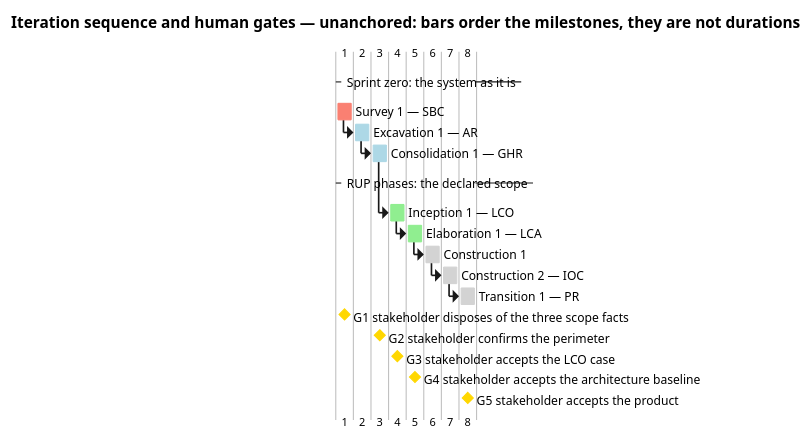
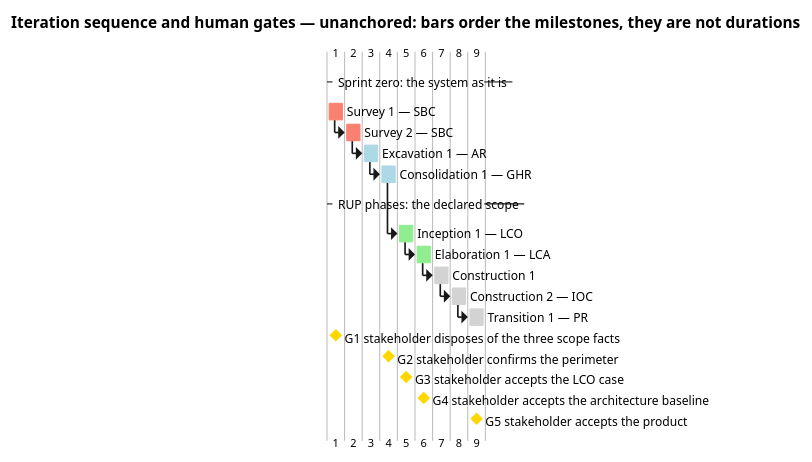
One commit to banense-test/TodoApp changed the second of 5 diagrams in docs/artifacts/project-management/iteration-plan.md. Above: the diagram before and after it, drawn with PlantUML. The commit also changed other lines of this file, not shown here.

First line of the commit message:
Project Manager [Survey2]: upsert Iteration Plan

````diff
--- a/docs/artifacts/project-management/iteration-plan.md
+++ b/docs/artifacts/project-management/iteration-plan.md
@@ -106,55 +106,58 @@
 ```plantuml
 @startgantt
 title Iteration sequence and human gates — unanchored: bars order the milestones, they are not durations
 skinparam shadowing false
 
 -- Sprint zero: the system as it is --
 [Survey 1 — SBC] lasts 1 day
+[Survey 2 — SBC] lasts 1 day
 [Excavation 1 — AR] lasts 1 day
 [Consolidation 1 — GHR] lasts 1 day
 
 -- RUP phases: the declared scope --
 [Inception 1 — LCO] lasts 1 day
 [Elaboration 1 — LCA] lasts 1 day
 [Construction 1] lasts 1 day
 [Construction 2 — IOC] lasts 1 day
 [Transition 1 — PR] lasts 1 day
 
-[Excavation 1 — AR] starts at [Survey 1 — SBC]'s end
+[Survey 2 — SBC] starts at [Survey 1 — SBC]'s end
+[Excavation 1 — AR] starts at [Survey 2 — SBC]'s end
 [Consolidation 1 — GHR] starts at [Excavation 1 — AR]'s end
 [Inception 1 — LCO] starts at [Consolidation 1 — GHR]'s end
 [Elaboration 1 — LCA] starts at [Inception 1 — LCO]'s end
 [Construction 1] starts at [Elaboration 1 — LCA]'s end
 [Construction 2 — IOC] starts at [Construction 1]'s end
 [Transition 1 — PR] starts at [Construction 2 — IOC]'s end
 
 [G1 stakeholder disposes of the three scope facts] happens at [Survey 1 — SBC]'s end
 [G2 stakeholder confirms the perimeter] happens at [Consolidation 1 — GHR]'s start
 [G3 stakeholder accepts the LCO case] happens at [Inception 1 — LCO]'s end
 [G4 stakeholder accepts the architecture baseline] happens at [Elaboration 1 — LCA]'s end
 [G5 stakeholder accepts the product] happens at [Transition 1 — PR]'s end
 
 [Survey 1 — SBC] is colored in Salmon
+[Survey 2 — SBC] is colored in Salmon
 [Excavation 1 — AR] is colored in LightBlue
 [Consolidation 1 — GHR] is colored in LightBlue
 [Inception 1 — LCO] is colored in LightGreen
 [Elaboration 1 — LCA] is colored in LightGreen
 [Construction 1] is colored in LightGray
 [Construction 2 — IOC] is colored in LightGray
 [Transition 1 — PR] is colored in LightGray
 [G1 stakeholder disposes of the three scope facts] is colored in Gold
 [G2 stakeholder confirms the perimeter] is colored in Gold
 [G3 stakeholder accepts the LCO case] is colored in Gold
 [G4 stakeholder accepts the architecture baseline] is colored in Gold
 [G5 stakeholder accepts the product] is colored in Gold
 
 note bottom
   Every bar is the renderer's unit step, placed only to order the milestones:
   no iteration in this project has a measured elapsed time, so none is
   quoted and no bar is a duration. No project start date is given, because
   none has been measured. The five gold markers are human gates: queue time,
   not work — ceiling 14 days each (R026), estimate none, the actual reported
   apart from agent time once the gate closes.
 end note
 @endgantt
 ```
````
